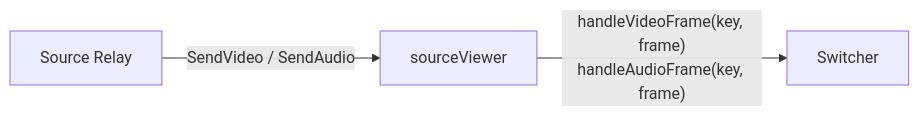
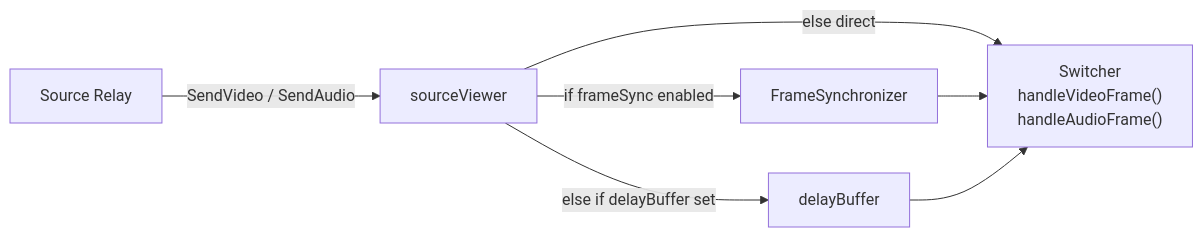
Before and after one commit to zsiec/switchframe: the fourth of 22 diagrams in docs/architecture.md, drawn with Mermaid. The commit also changed other lines of this file and 1 other file, not shown here.

First line of the commit message:
Revise architecture diagrams and routing docs

````diff
--- a/docs/architecture.md
+++ b/docs/architecture.md
@@ -170,5 +174,9 @@
 ```mermaid
 flowchart LR
     relay["Source Relay"] -->|SendVideo / SendAudio| sv["sourceViewer"]
-    sv -->|"handleVideoFrame(key, frame)<br/>handleAudioFrame(key, frame)"| sw["Switcher"]
+    sv -->|"if frameSync enabled"| fs["FrameSynchronizer"]
+    sv -->|"else if delayBuffer set"| db["delayBuffer"]
+    sv -->|"else direct"| sw["Switcher<br/>handleVideoFrame()<br/>handleAudioFrame()"]
+    fs --> sw
+    db --> sw
 ```
````
